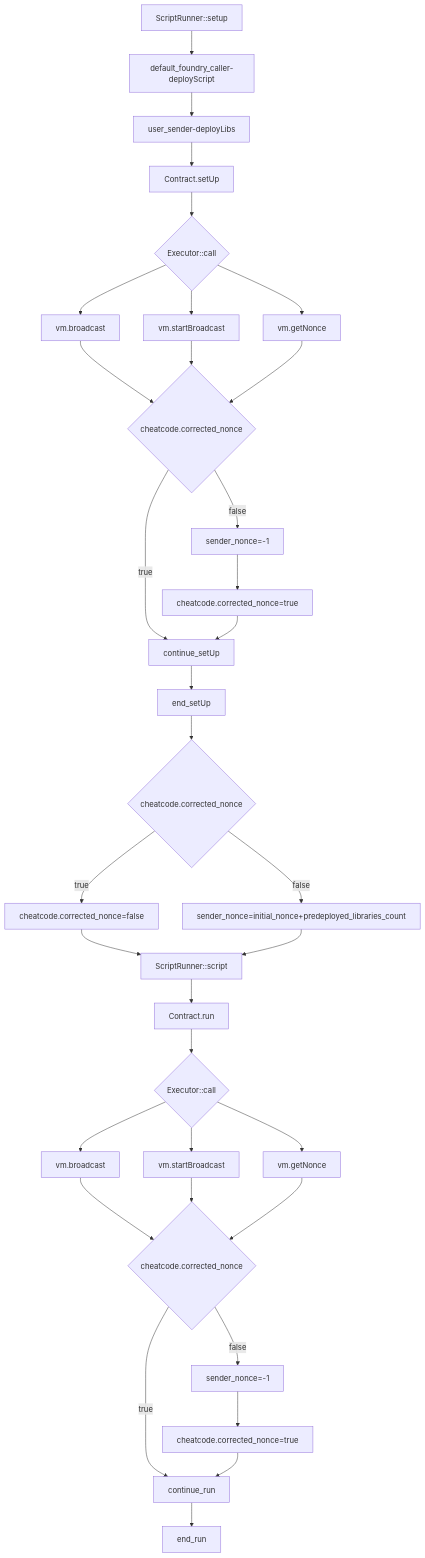
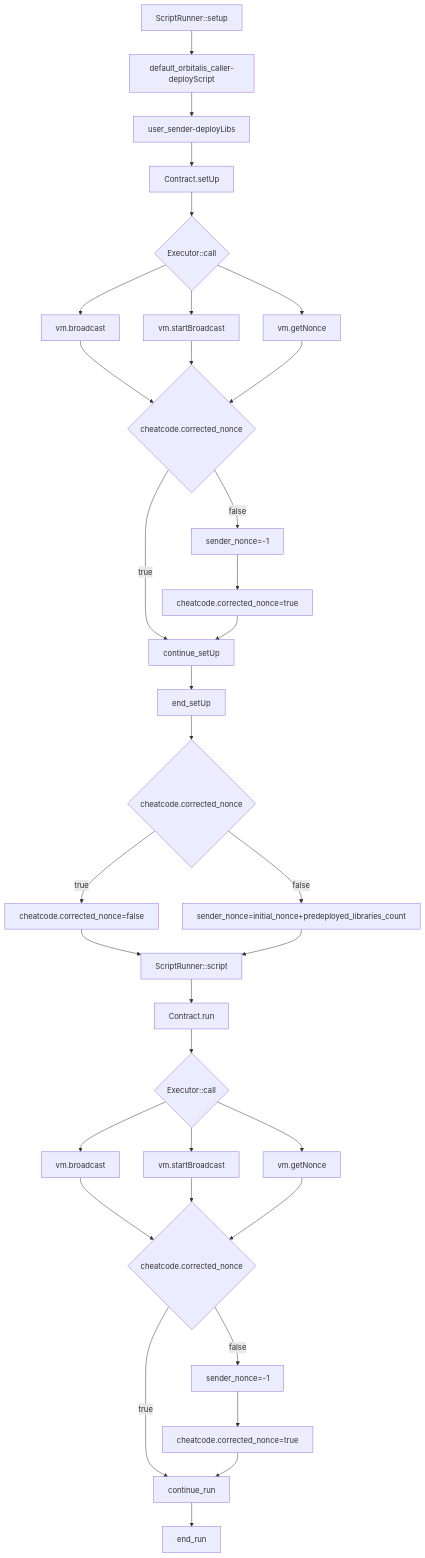
One commit to bchainhub/foxar changed the fourth of 4 diagrams in docs/dev/scripting.md. Above: the diagram before and after it, drawn with Mermaid. The commit also changed other lines of this file and 306 other files, not shown here.

Commit message:
Rename foundry to orbitalis

````diff
--- a/docs/dev/scripting.md
+++ b/docs/dev/scripting.md
@@ -98,41 +98,41 @@
 ```mermaid
 graph TD
 
-    ScriptRunner::setup-->default_foundry_caller-deployScript;
-    default_foundry_caller-deployScript-->user_sender-deployLibs;
+    ScriptRunner::setup-->default_orbitalis_caller-deployScript;
+    default_orbitalis_caller-deployScript-->user_sender-deployLibs;
     user_sender-deployLibs-->Contract.setUp;
     Contract.setUp-->A0{Executor::call};
     A0-->vm.broadcast;
     A0-->vm.startBroadcast;
     A0-->vm.getNonce;
 
     vm.broadcast--> A{cheatcode.corrected_nonce}
     vm.startBroadcast-->A
     vm.getNonce-->A
 
     A--true-->continue_setUp;
     A--false-->B[sender_nonce=-1];
     B-->C[cheatcode.corrected_nonce=true];
     C-->continue_setUp;
     continue_setUp-->end_setUp;
     end_setUp-->D{cheatcode.corrected_nonce}
     D--true-->E[cheatcode.corrected_nonce=false];
     D--false-->F[sender_nonce=initial_nonce+predeployed_libraries_count];
     E-->ScriptRunner::script;
     F-->ScriptRunner::script;
     ScriptRunner::script-->Contract.run;
     Contract.run-->G{Executor::call};
     G-->H[vm.broadcast];
     G-->I[vm.startBroadcast];
     G-->J[vm.getNonce];
 
     H--> K{cheatcode.corrected_nonce}
     I-->K
     J-->K
 
     K--true-->continue_run;
     K--false-->L[sender_nonce=-1];
     L-->M[cheatcode.corrected_nonce=true];
     M-->continue_run;
     continue_run-->end_run;
 ```
````
